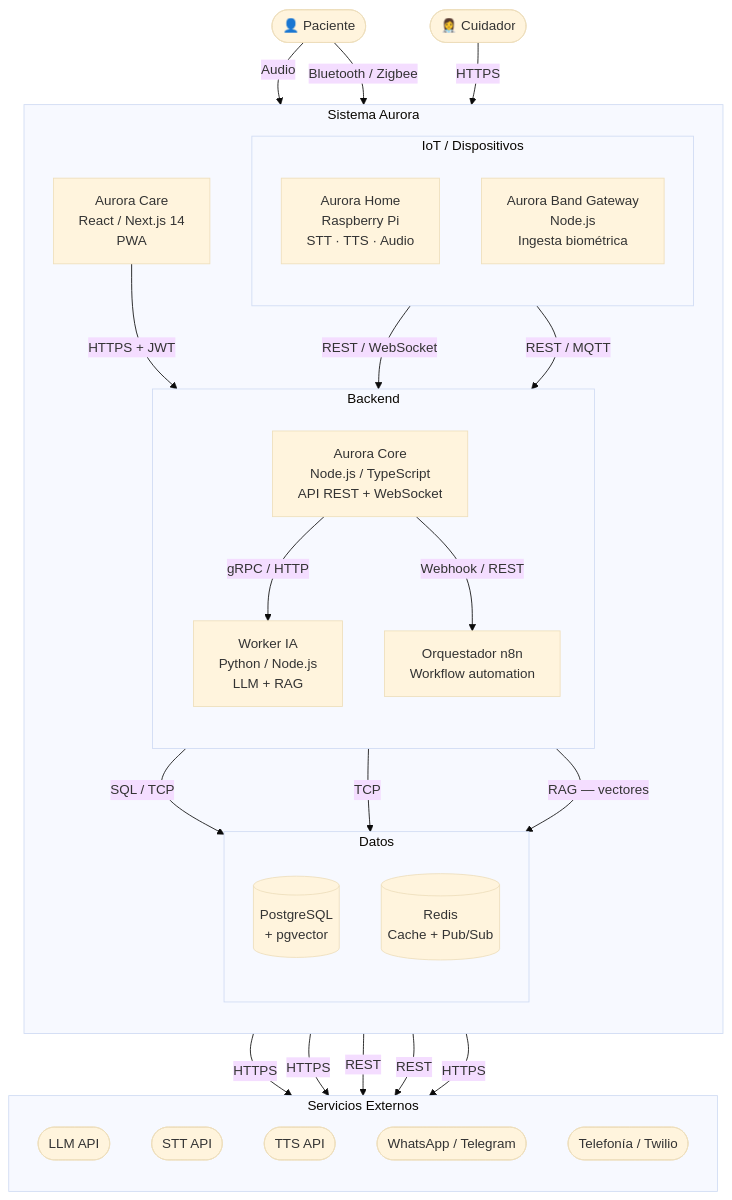
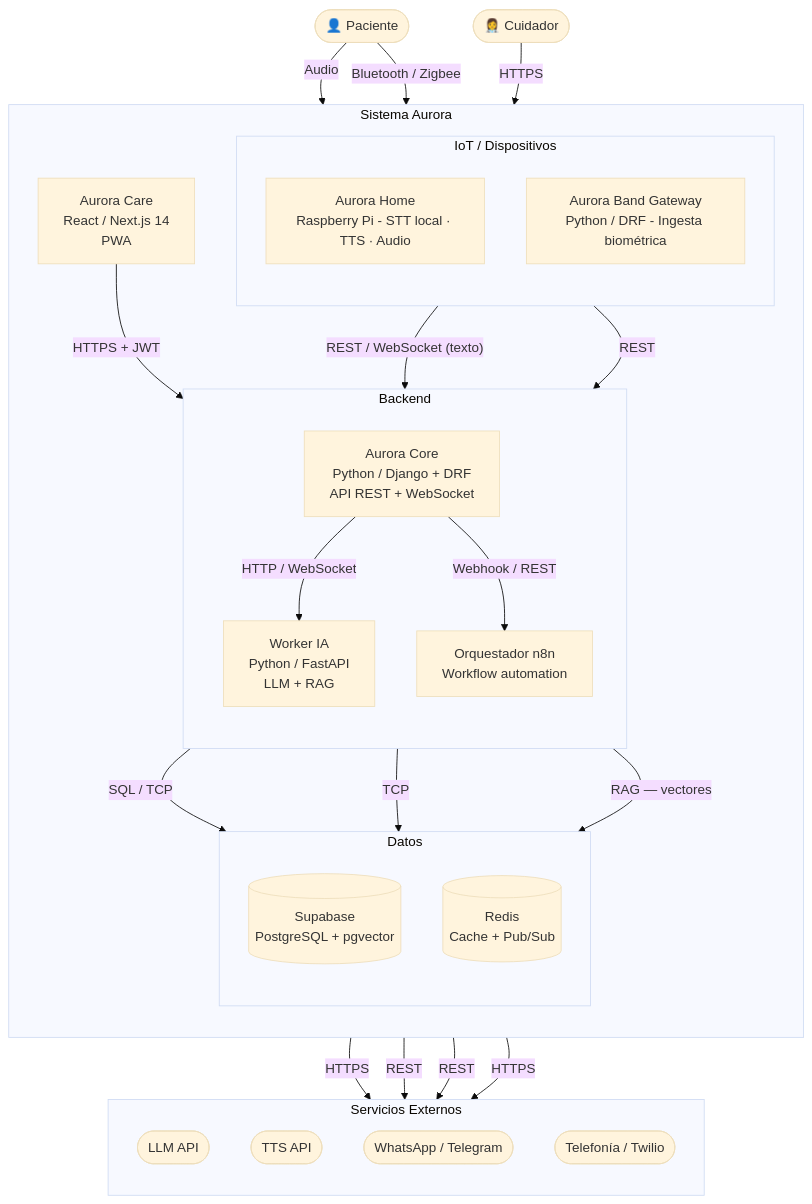
Before and after one commit to NicolasRodeyro/ObsidianAurora: the second of 3 diagrams in Document Hub/Arquitectura y Stack Tecnológico.md, drawn with Mermaid (base theme). The commit also changed other lines of this file and 3 other files, not shown here.

````diff
--- a/Document Hub/Arquitectura y Stack Tecnológico.md
+++ b/Document Hub/Arquitectura y Stack Tecnológico.md
@@ -104,62 +101,60 @@
 ```mermaid
 flowchart TB
 
     patient(["👤 Paciente"])
     caregiver(["👩‍⚕️ Cuidador"])
 
     subgraph aurora["Sistema Aurora"]
         direction TB
 
         subgraph iot["IoT / Dispositivos"]
             direction TB
-            aurora_home["Aurora Home\nRaspberry Pi\nSTT · TTS · Audio"]
-            aurora_band["Aurora Band Gateway\nNode.js\nIngesta biométrica"]
+            aurora_home["Aurora Home<br/>Raspberry Pi - STT local · TTS · Audio"]
+            aurora_band["Aurora Band Gateway<br/>Python / DRF - Ingesta biométrica"]
         end
 
         subgraph core["Backend"]
             direction TB
-            aurora_core["Aurora Core\nNode.js / TypeScript\nAPI REST + WebSocket"]
-            worker_ia["Worker IA\nPython / Node.js\nLLM + RAG"]
-            n8n["Orquestador n8n\nWorkflow automation"]
+            aurora_core["Aurora Core<br/>Python / Django + DRF<br/>API REST + WebSocket"]
+            worker_ia["Worker IA<br/>Python / FastAPI<br/>LLM + RAG"]
+            n8n["Orquestador n8n<br/>Workflow automation"]
         end
 
         subgraph data["Datos"]
             direction TB
-            postgres[("PostgreSQL\n+ pgvector")]
-            redis[("Redis\nCache + Pub/Sub")]
+            supabase[("Supabase<br/>PostgreSQL + pgvector")]
+            redis[("Redis<br/>Cache + Pub/Sub")]
         end
 
-        aurora_care["Aurora Care\nReact / Next.js 14\nPWA"]
+        aurora_care["Aurora Care<br/>React / Next.js 14<br/>PWA"]
     end
 
     subgraph ext["Servicios Externos"]
         direction TB
         llm(["LLM API"])
-        stt_ext(["STT API"])
         tts_ext(["TTS API"])
         messaging_ext(["WhatsApp / Telegram"])
         telephony_ext(["Telefonía / Twilio"])
     end
 
     patient -->|"Audio"| aurora_home
     patient -->|"Bluetooth / Zigbee"| aurora_band
     caregiver -->|"HTTPS"| aurora_care
 
-    aurora_home -->|"REST / WebSocket"| aurora_core
-    aurora_home -->|"HTTPS"| stt_ext
+    aurora_home -->|"REST / WebSocket (texto)"| aurora_core
     aurora_home -->|"HTTPS"| tts_ext
 
     aurora_care -->|"HTTPS + JWT"| aurora_core
 
-    aurora_core -->|"SQL / TCP"| postgres
+    aurora_core -->|"SQL / TCP"| supabase
     aurora_core -->|"TCP"| redis
-    aurora_core -->|"gRPC / HTTP"| worker_ia
+    aurora_core -->|"HTTP / WebSocket"| worker_ia
     aurora_core -->|"Webhook / REST"| n8n
     aurora_core -->|"REST"| telephony_ext
     aurora_core -->|"REST"| messaging_ext
 
     worker_ia -->|"HTTPS"| llm
-    worker_ia -->|"RAG — vectores"| postgres
+    worker_ia -->|"RAG — vectores"| supabase
 
-    aurora_band -->|"REST / MQTT"| aurora_core
+    aurora_band -->|"REST"| aurora_core
 ```
````
